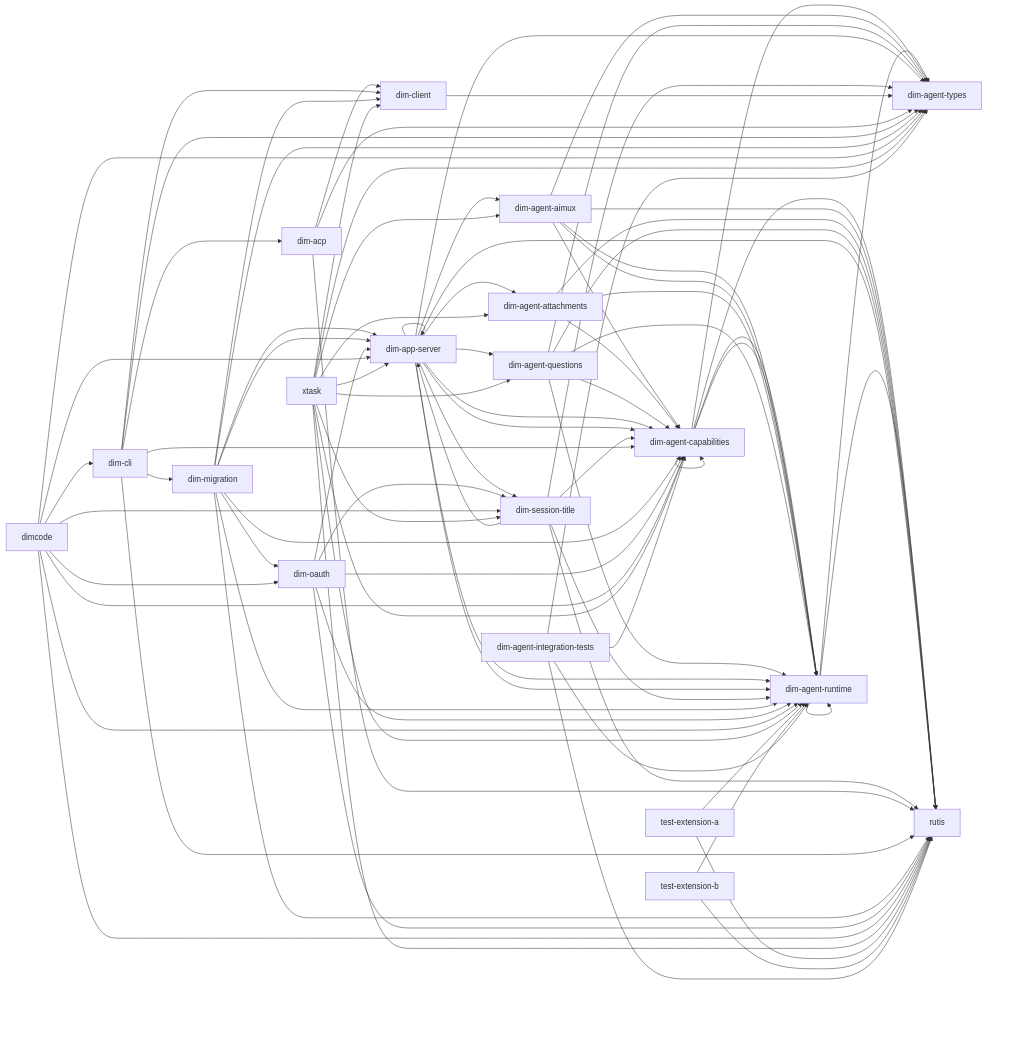
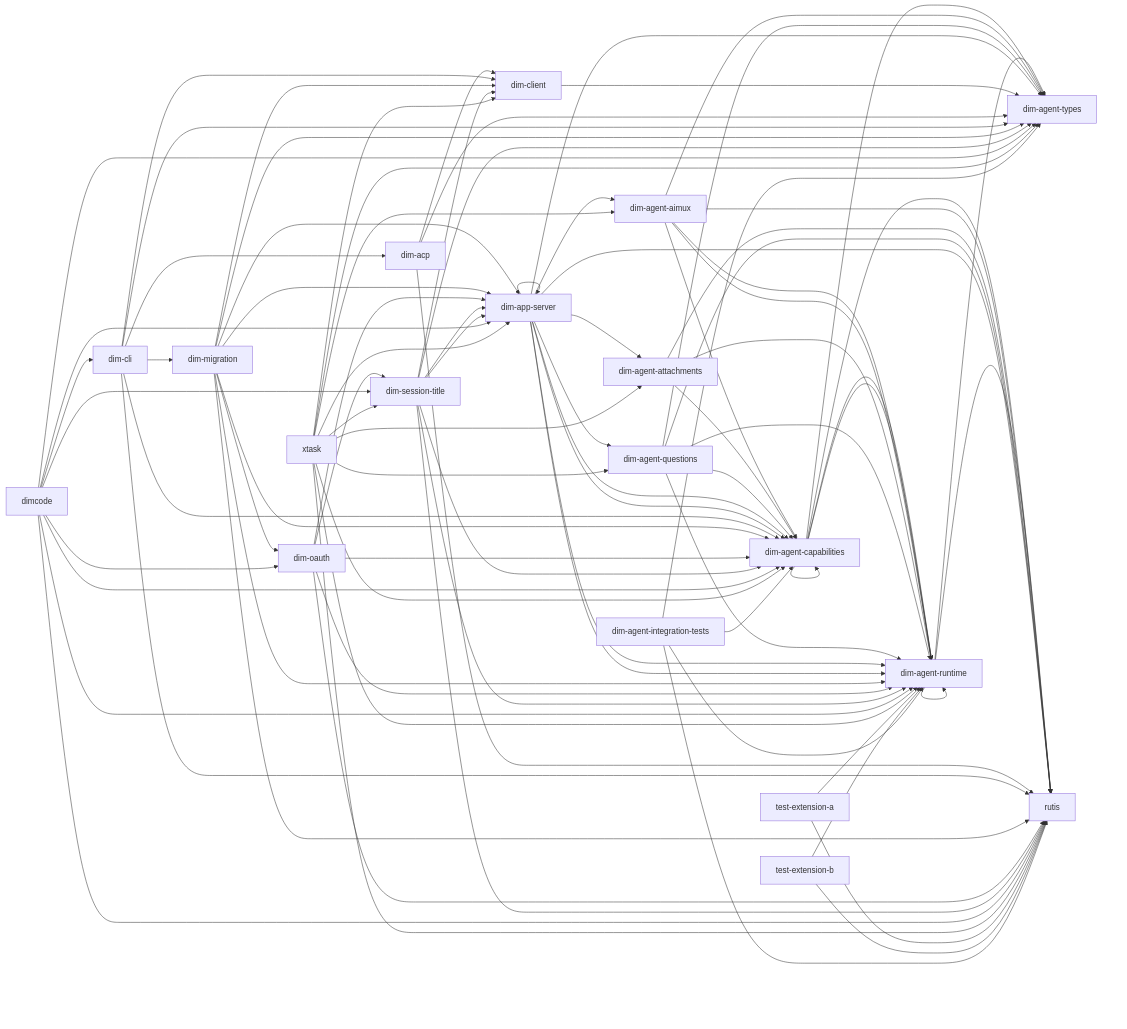
Before and after one commit to CoutinhoTTS/dim-agent: the diagram in docs/architecture/rust-agent/generated/crates.mmd, drawn with Mermaid. The commit also changed 16 other files, not shown here.

Commit message:
test(session-title): own title behavior flows in the plugin crate

```diff
--- a/docs/architecture/rust-agent/generated/crates.mmd
+++ b/docs/architecture/rust-agent/generated/crates.mmd
@@ -1,88 +1,89 @@
 %% Generated from cargo metadata; do not edit.
 flowchart LR
   dim_agent_runtime["dim-agent-runtime"] --> dim_agent_types["dim-agent-types"]
   dim_agent_runtime["dim-agent-runtime"] --> rutis["rutis"]
   dim_agent_runtime["dim-agent-runtime"] --> dim_agent_runtime["dim-agent-runtime"]
   dim_agent_capabilities["dim-agent-capabilities"] --> dim_agent_runtime["dim-agent-runtime"]
   dim_agent_capabilities["dim-agent-capabilities"] --> dim_agent_types["dim-agent-types"]
   dim_agent_capabilities["dim-agent-capabilities"] --> rutis["rutis"]
   dim_agent_capabilities["dim-agent-capabilities"] --> dim_agent_capabilities["dim-agent-capabilities"]
   dim_agent_capabilities["dim-agent-capabilities"] --> dim_agent_runtime["dim-agent-runtime"]
   dim_agent_aimux["dim-agent-aimux"] --> dim_agent_capabilities["dim-agent-capabilities"]
   dim_agent_aimux["dim-agent-aimux"] --> dim_agent_runtime["dim-agent-runtime"]
   dim_agent_aimux["dim-agent-aimux"] --> dim_agent_types["dim-agent-types"]
   dim_agent_aimux["dim-agent-aimux"] --> rutis["rutis"]
   dim_agent_aimux["dim-agent-aimux"] --> dim_agent_runtime["dim-agent-runtime"]
   dim_agent_attachments["dim-agent-attachments"] --> dim_agent_capabilities["dim-agent-capabilities"]
   dim_agent_attachments["dim-agent-attachments"] --> dim_agent_runtime["dim-agent-runtime"]
   dim_agent_attachments["dim-agent-attachments"] --> rutis["rutis"]
   dim_agent_questions["dim-agent-questions"] --> dim_agent_capabilities["dim-agent-capabilities"]
   dim_agent_questions["dim-agent-questions"] --> dim_agent_runtime["dim-agent-runtime"]
   dim_agent_questions["dim-agent-questions"] --> dim_agent_types["dim-agent-types"]
   dim_agent_questions["dim-agent-questions"] --> rutis["rutis"]
   dim_agent_questions["dim-agent-questions"] --> dim_agent_runtime["dim-agent-runtime"]
   dim_app_server["dim-app-server"] --> dim_agent_aimux["dim-agent-aimux"]
   dim_app_server["dim-app-server"] --> dim_agent_attachments["dim-agent-attachments"]
   dim_app_server["dim-app-server"] --> dim_agent_capabilities["dim-agent-capabilities"]
   dim_app_server["dim-app-server"] --> dim_agent_questions["dim-agent-questions"]
   dim_app_server["dim-app-server"] --> dim_agent_runtime["dim-agent-runtime"]
   dim_app_server["dim-app-server"] --> dim_agent_types["dim-agent-types"]
   dim_app_server["dim-app-server"] --> rutis["rutis"]
   dim_app_server["dim-app-server"] --> dim_agent_capabilities["dim-agent-capabilities"]
   dim_app_server["dim-app-server"] --> dim_agent_runtime["dim-agent-runtime"]
   dim_app_server["dim-app-server"] --> dim_app_server["dim-app-server"]
-  dim_app_server["dim-app-server"] --> dim_session_title["dim-session-title"]
-  dim_session_title["dim-session-title"] --> dim_agent_capabilities["dim-agent-capabilities"]
-  dim_session_title["dim-session-title"] --> dim_agent_runtime["dim-agent-runtime"]
-  dim_session_title["dim-session-title"] --> dim_agent_types["dim-agent-types"]
-  dim_session_title["dim-session-title"] --> dim_app_server["dim-app-server"]
-  dim_session_title["dim-session-title"] --> rutis["rutis"]
   dim_client["dim-client"] --> dim_agent_types["dim-agent-types"]
   dim_acp["dim-acp"] --> dim_agent_types["dim-agent-types"]
   dim_acp["dim-acp"] --> dim_client["dim-client"]
   dim_acp["dim-acp"] --> rutis["rutis"]
   dim_cli["dim-cli"] --> dim_acp["dim-acp"]
   dim_cli["dim-cli"] --> dim_agent_capabilities["dim-agent-capabilities"]
   dim_cli["dim-cli"] --> dim_agent_types["dim-agent-types"]
   dim_cli["dim-cli"] --> dim_client["dim-client"]
   dim_cli["dim-cli"] --> dim_migration["dim-migration"]
   dim_cli["dim-cli"] --> rutis["rutis"]
   dim_migration["dim-migration"] --> dim_agent_capabilities["dim-agent-capabilities"]
   dim_migration["dim-migration"] --> dim_agent_runtime["dim-agent-runtime"]
   dim_migration["dim-migration"] --> dim_agent_types["dim-agent-types"]
   dim_migration["dim-migration"] --> dim_app_server["dim-app-server"]
   dim_migration["dim-migration"] --> rutis["rutis"]
   dim_migration["dim-migration"] --> dim_app_server["dim-app-server"]
   dim_migration["dim-migration"] --> dim_client["dim-client"]
   dim_migration["dim-migration"] --> dim_oauth["dim-oauth"]
   dim_oauth["dim-oauth"] --> dim_agent_capabilities["dim-agent-capabilities"]
   dim_oauth["dim-oauth"] --> dim_agent_runtime["dim-agent-runtime"]
   dim_oauth["dim-oauth"] --> dim_app_server["dim-app-server"]
   dim_oauth["dim-oauth"] --> dim_session_title["dim-session-title"]
   dim_oauth["dim-oauth"] --> rutis["rutis"]
+  dim_session_title["dim-session-title"] --> dim_agent_capabilities["dim-agent-capabilities"]
+  dim_session_title["dim-session-title"] --> dim_agent_runtime["dim-agent-runtime"]
+  dim_session_title["dim-session-title"] --> dim_agent_types["dim-agent-types"]
+  dim_session_title["dim-session-title"] --> dim_app_server["dim-app-server"]
+  dim_session_title["dim-session-title"] --> rutis["rutis"]
+  dim_session_title["dim-session-title"] --> dim_app_server["dim-app-server"]
+  dim_session_title["dim-session-title"] --> dim_client["dim-client"]
   dimcode["dimcode"] --> dim_app_server["dim-app-server"]
   dimcode["dimcode"] --> dim_cli["dim-cli"]
   dimcode["dimcode"] --> dim_oauth["dim-oauth"]
   dimcode["dimcode"] --> dim_session_title["dim-session-title"]
   dimcode["dimcode"] --> dim_agent_capabilities["dim-agent-capabilities"]
   dimcode["dimcode"] --> dim_agent_runtime["dim-agent-runtime"]
   dimcode["dimcode"] --> dim_agent_types["dim-agent-types"]
   dimcode["dimcode"] --> rutis["rutis"]
   xtask["xtask"] --> dim_agent_aimux["dim-agent-aimux"]
   xtask["xtask"] --> dim_agent_attachments["dim-agent-attachments"]
   xtask["xtask"] --> dim_agent_capabilities["dim-agent-capabilities"]
   xtask["xtask"] --> dim_agent_questions["dim-agent-questions"]
   xtask["xtask"] --> dim_agent_runtime["dim-agent-runtime"]
   xtask["xtask"] --> dim_agent_types["dim-agent-types"]
   xtask["xtask"] --> dim_app_server["dim-app-server"]
   xtask["xtask"] --> dim_client["dim-client"]
   xtask["xtask"] --> dim_session_title["dim-session-title"]
   xtask["xtask"] --> rutis["rutis"]
   test_extension_a["test-extension-a"] --> dim_agent_runtime["dim-agent-runtime"]
   test_extension_a["test-extension-a"] --> rutis["rutis"]
   test_extension_b["test-extension-b"] --> dim_agent_runtime["dim-agent-runtime"]
   test_extension_b["test-extension-b"] --> rutis["rutis"]
   dim_agent_integration_tests["dim-agent-integration-tests"] --> dim_agent_capabilities["dim-agent-capabilities"]
   dim_agent_integration_tests["dim-agent-integration-tests"] --> dim_agent_runtime["dim-agent-runtime"]
   dim_agent_integration_tests["dim-agent-integration-tests"] --> dim_agent_types["dim-agent-types"]
   dim_agent_integration_tests["dim-agent-integration-tests"] --> rutis["rutis"]
```
